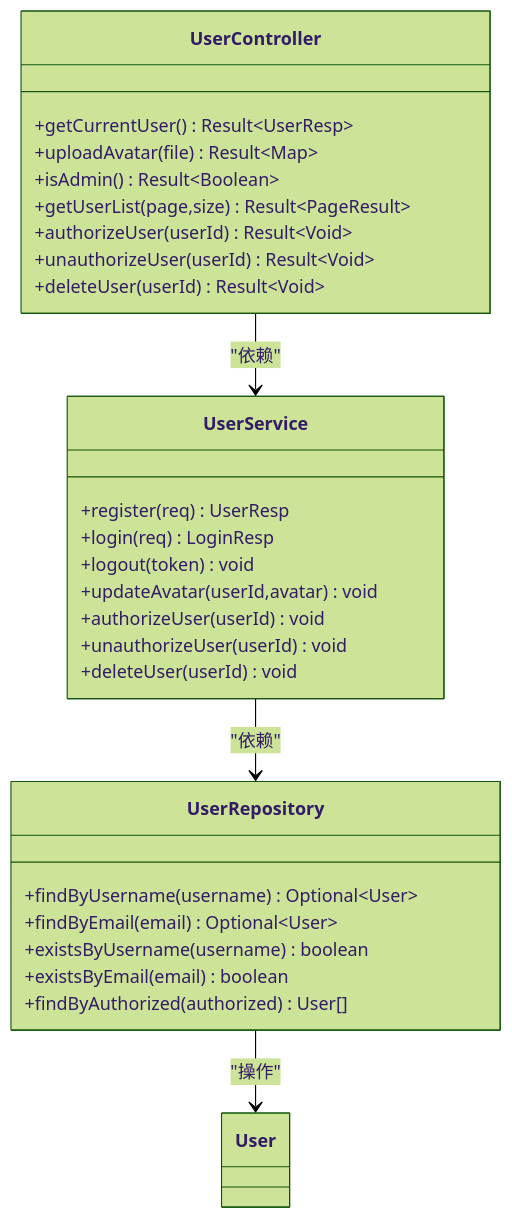
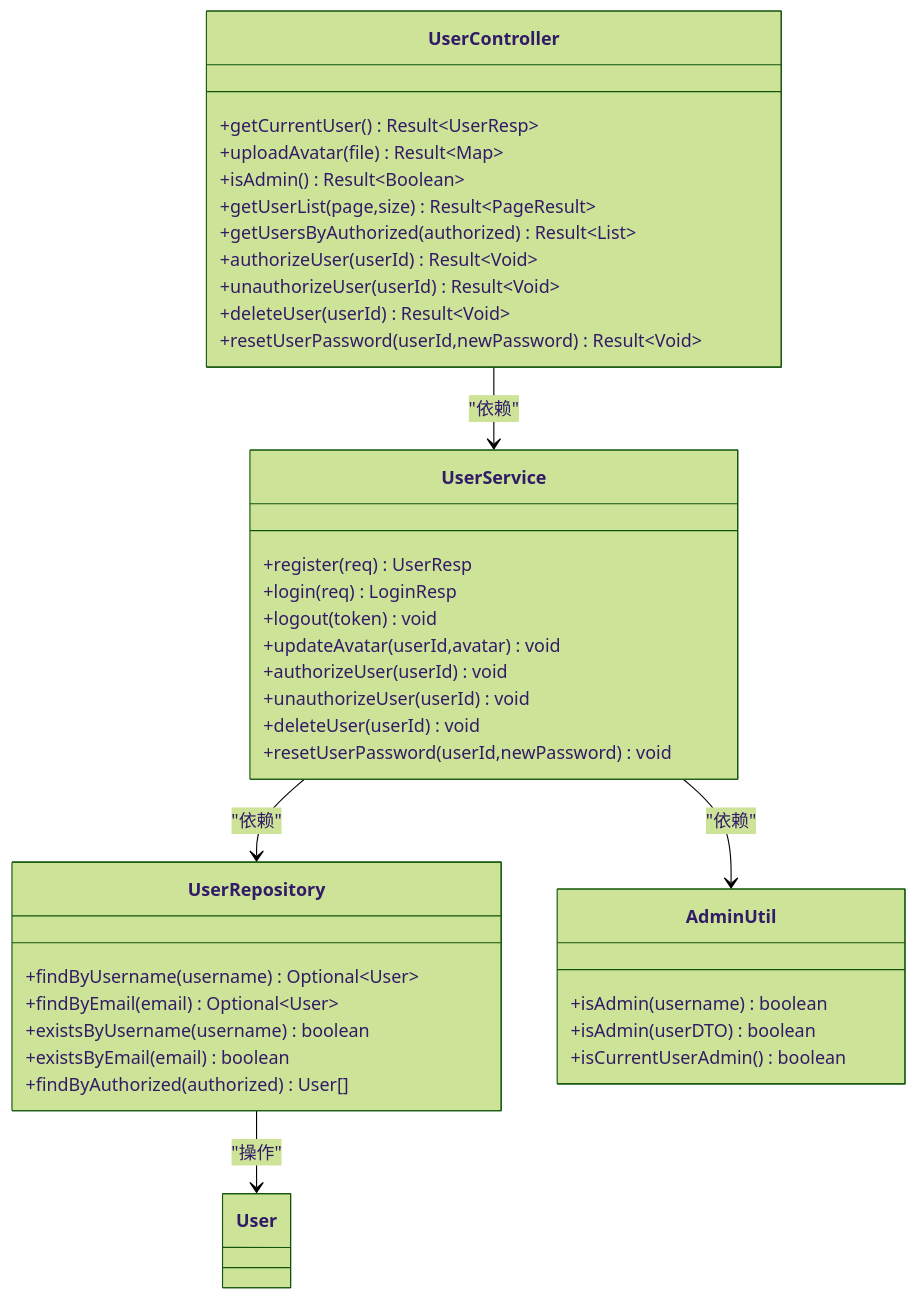
One commit to 20164206160/zhishilu changed the seventh of 11 diagrams in .qoder/repowiki/zh/content/Profile View.md. Above: the diagram before and after it, drawn with Mermaid (forest theme). The commit also changed other lines of this file and 11 other files, not shown here.

````diff
--- a/.qoder/repowiki/zh/content/Profile View.md
+++ b/.qoder/repowiki/zh/content/Profile View.md
@@ -295,31 +335,40 @@
 ```mermaid
 classDiagram
 class UserController {
 +getCurrentUser() Result~UserResp~
 +uploadAvatar(file) Result~Map~
 +isAdmin() Result~Boolean~
 +getUserList(page,size) Result~PageResult~
++getUsersByAuthorized(authorized) Result~List~
 +authorizeUser(userId) Result~Void~
 +unauthorizeUser(userId) Result~Void~
 +deleteUser(userId) Result~Void~
++resetUserPassword(userId,newPassword) Result~Void~
 }
 class UserService {
 +register(req) UserResp
 +login(req) LoginResp
 +logout(token) void
 +updateAvatar(userId,avatar) void
 +authorizeUser(userId) void
 +unauthorizeUser(userId) void
 +deleteUser(userId) void
++resetUserPassword(userId,newPassword) void
 }
 class UserRepository {
 +findByUsername(username) Optional~User~
 +findByEmail(email) Optional~User~
 +existsByUsername(username) boolean
 +existsByEmail(email) boolean
 +findByAuthorized(authorized) User[]
 }
+class AdminUtil {
++isAdmin(username) boolean
++isAdmin(userDTO) boolean
++isCurrentUserAdmin() boolean
+}
 UserController --> UserService : "依赖"
 UserService --> UserRepository : "依赖"
+UserService --> AdminUtil : "依赖"
 UserRepository --> User : "操作"
 ```
````
